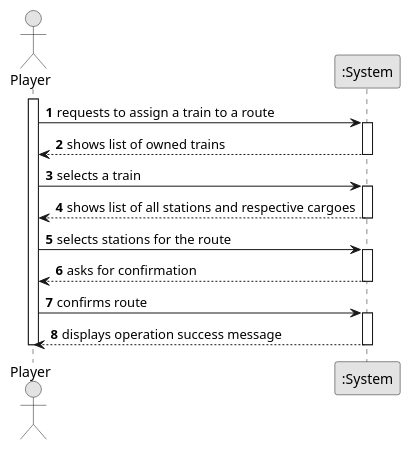
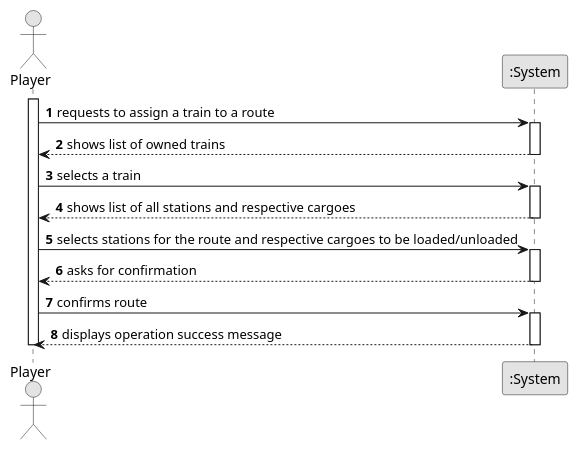
Before and after one commit to 1240826/empire-on-tracks: the diagram in docs/system-documentation/US010/01.requirements-engineering/puml/US010-SSD.puml, drawn with PlantUML. The commit also changed 18 other files, not shown here.

```diff
--- a/docs/system-documentation/US010/01.requirements-engineering/puml/US010-SSD.puml
+++ b/docs/system-documentation/US010/01.requirements-engineering/puml/US010-SSD.puml
@@ -1,38 +1,38 @@
 @startuml
 skinparam monochrome true
 skinparam packageStyle rectangle
 skinparam shadowing false
 
 autonumber
 
 actor "Player" as Player
 participant ":System" as System
 
 activate Player
 
     Player -> System : requests to assign a train to a route
     activate System
 
         System --> Player : shows list of owned trains
     deactivate System
 
     Player -> System : selects a train
     activate System
 
         System --> Player : shows list of all stations and respective cargoes
     deactivate System
 
-    Player -> System : selects stations for the route
+    Player -> System : selects stations for the route and respective cargoes to be loaded/unloaded
     activate System
 
         System --> Player : asks for confirmation
     deactivate System
 
     Player -> System : confirms route
     activate System
 
         System --> Player : displays operation success message
     deactivate System
 
 deactivate Player
 @enduml
```
